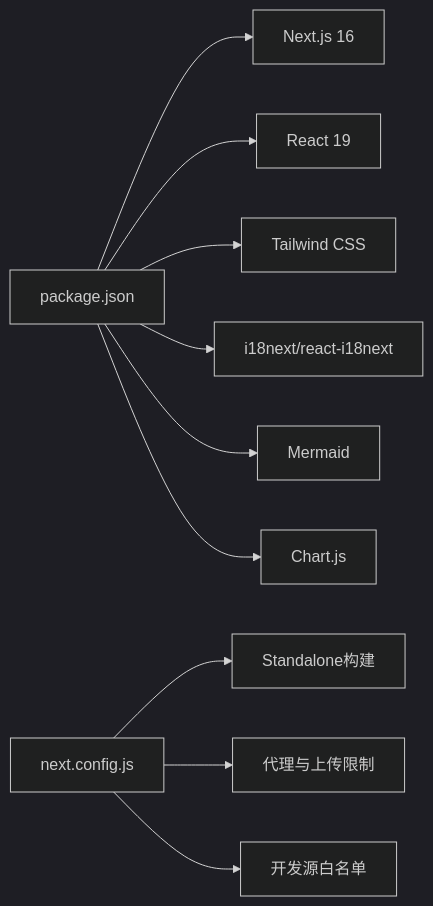
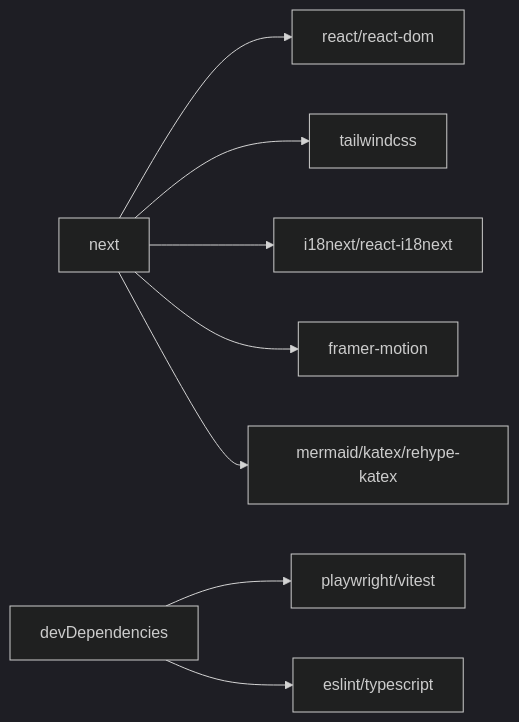
One commit to gongzili456/DeepTutor changed the ninth of 9 diagrams in .qoder/repowiki/zh/content/前端架构/前端架构.md. Above: the diagram before and after it, drawn with Mermaid (dark theme). The commit also changed other lines of this file and 1242 other files, not shown here.

````diff
--- a/.qoder/repowiki/zh/content/前端架构/前端架构.md
+++ b/.qoder/repowiki/zh/content/前端架构/前端架构.md
@@ -552,12 +328,10 @@
 ```mermaid
 graph LR
-Pkg["package.json"] --> Next["Next.js 16"]
-Pkg --> React["React 19"]
-Pkg --> Tailwind["Tailwind CSS"]
-Pkg --> I18n["i18next/react-i18next"]
-Pkg --> Mermaid["Mermaid"]
-Pkg --> Chart["Chart.js"]
-Config["next.config.js"] --> Build["Standalone构建"]
-Config --> Proxy["代理与上传限制"]
-Config --> Dev["开发源白名单"]
+Next["next"] --> React["react/react-dom"]
+Next --> Tailwind["tailwindcss"]
+Next --> I18nDeps["i18next/react-i18next"]
+Next --> Motion["framer-motion"]
+Next --> Mermaid["mermaid/katex/rehype-katex"]
+Dev["devDependencies"] --> Test["playwright/vitest"]
+Dev --> Lint["eslint/typescript"]
 ```
````
